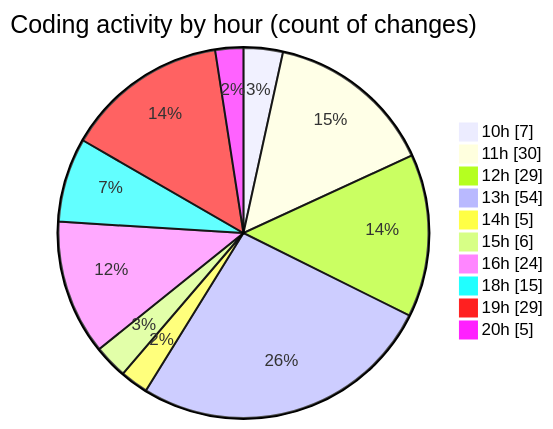
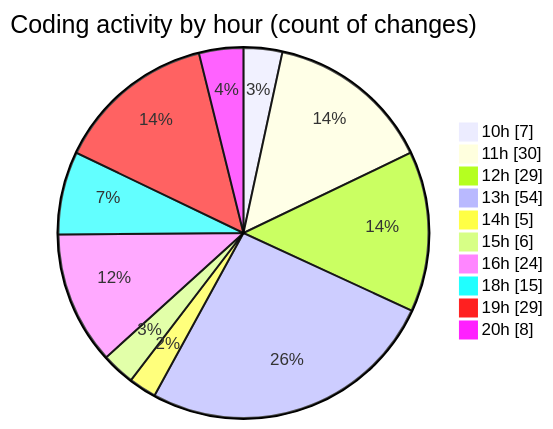
The second of 2 diagrams in 2025-06-26/cda/README.md (momahboobian/code-tracking), drawn with Mermaid before and after one commit. The commit also changed other lines of this file and 1 other file, not shown here.

````diff
--- a/2025-06-26/cda/README.md
+++ b/2025-06-26/cda/README.md
@@ -45,14 +45,14 @@
 ```mermaid
 pie showData
 title Coding activity by hour (count of changes)
 "10h" : 7
 "11h" : 30
 "12h" : 29
 "13h" : 54
 "14h" : 5
 "15h" : 6
 "16h" : 24
 "18h" : 15
 "19h" : 29
-"20h" : 5
+"20h" : 8
 ```
````
